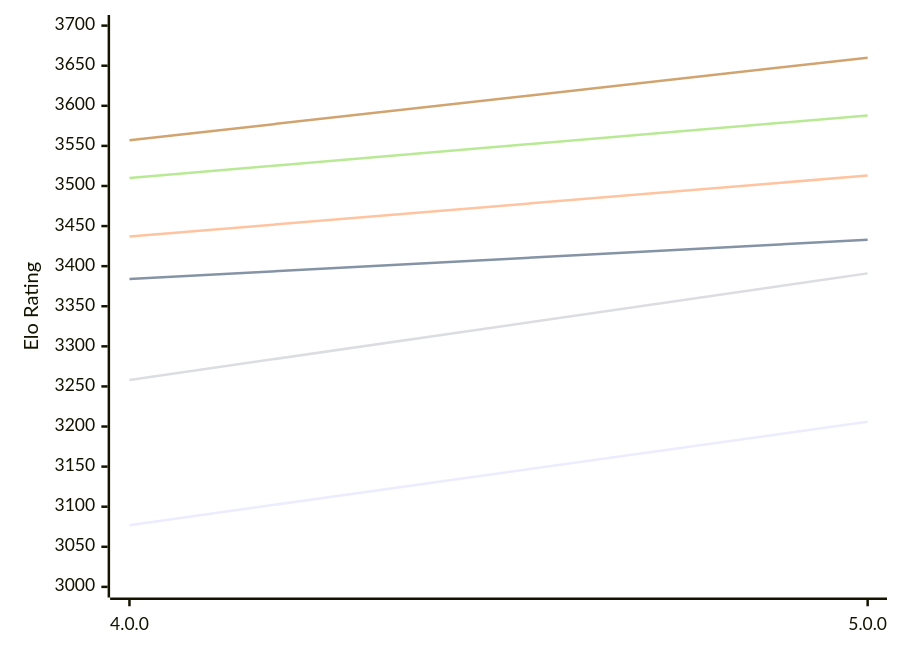
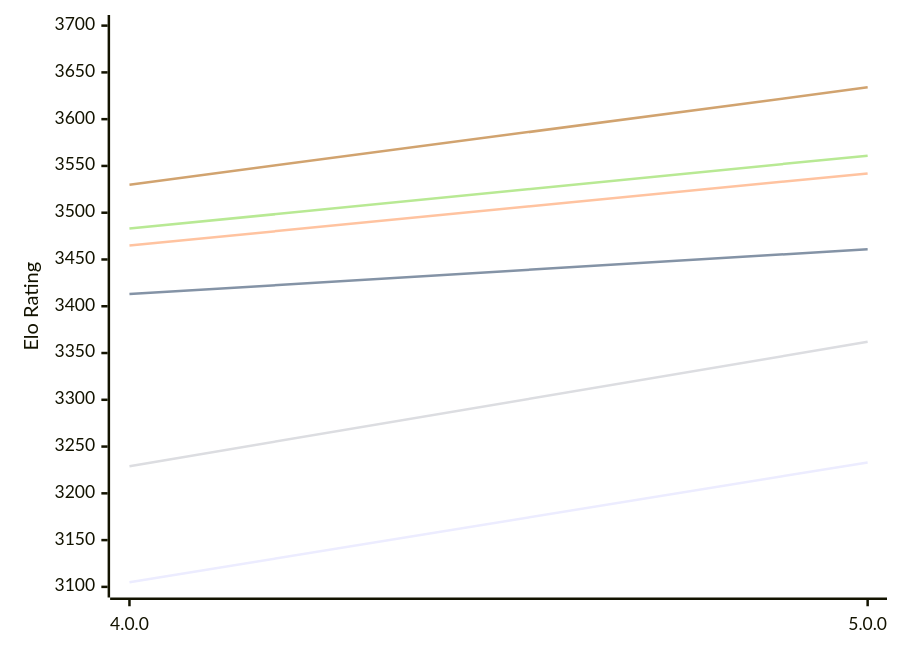
Before and after one commit to computer-chess-index/cci: the first of 2 diagrams in engines/Avalanche.md, drawn with Mermaid. The commit also changed other lines of this file, not shown here.

Commit message:
Update CCI Ratings (ELO VLTC) - 2026-10-19

````diff
--- a/engines/Avalanche.md
+++ b/engines/Avalanche.md
@@ -50,12 +50,12 @@
 ```mermaid
 %%{init: {"theme":"base","themeVariables":{"seriesColors:['#a3a3a3','#222221','#faa371']}}}%%
 xychart-beta
   x-axis ["4.0.0", "5.0.0"]
-  y-axis "Elo Rating" 3000 --> 3700
-  line "E1: STC (8.0+0.08s)" [3077, 3206]
-  line "E1: LTC (60.0+0.60s)" [3384, 3433]
-  line "E1: VLTC (2m24s+1.12s)" [3437, 3513]
-  line "P1: STC (8.0+0.08s)" [3258, 3391]
-  line "P1: LTC (60.0+0.60s)" [3510, 3588]
-  line "P1: VLTC (2m24s+1.12s)" [3557, 3660]
+  y-axis "Elo Rating" 3100 --> 3700
+  line "E1: STC (8.0+0.08s)" [3105, 3233]
+  line "E1: LTC (60.0+0.60s)" [3413, 3461]
+  line "E1: VLTC (2m24s+1.12s)" [3465, 3542]
+  line "P1: STC (8.0+0.08s)" [3229, 3362]
+  line "P1: LTC (60.0+0.60s)" [3483, 3561]
+  line "P1: VLTC (2m24s+1.12s)" [3530, 3634]
 ```
````
